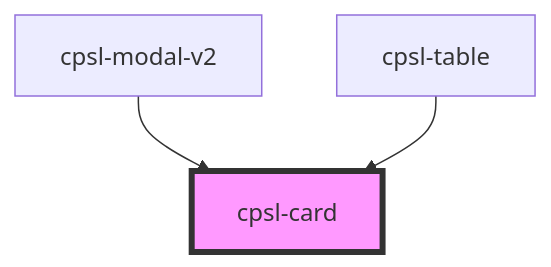
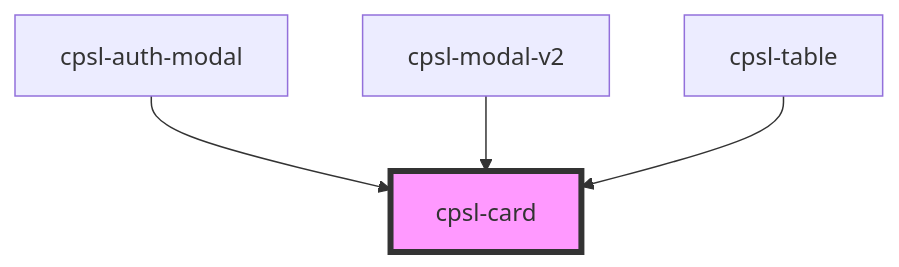
The diagram in packages/core-components/src/components/cpsl-card/readme.md (getpara/examples-hub), drawn with Mermaid before and after one commit. The commit also changed other lines of this file and 298 other files, not shown here.

````diff
--- a/packages/core-components/src/components/cpsl-card/readme.md
+++ b/packages/core-components/src/components/cpsl-card/readme.md
@@ -23,6 +24,7 @@
 ```mermaid
 graph TD;
+  cpsl-auth-modal --> cpsl-card
   cpsl-modal-v2 --> cpsl-card
   cpsl-table --> cpsl-card
   style cpsl-card fill:#f9f,stroke:#333,stroke-width:4px
 ```
````
